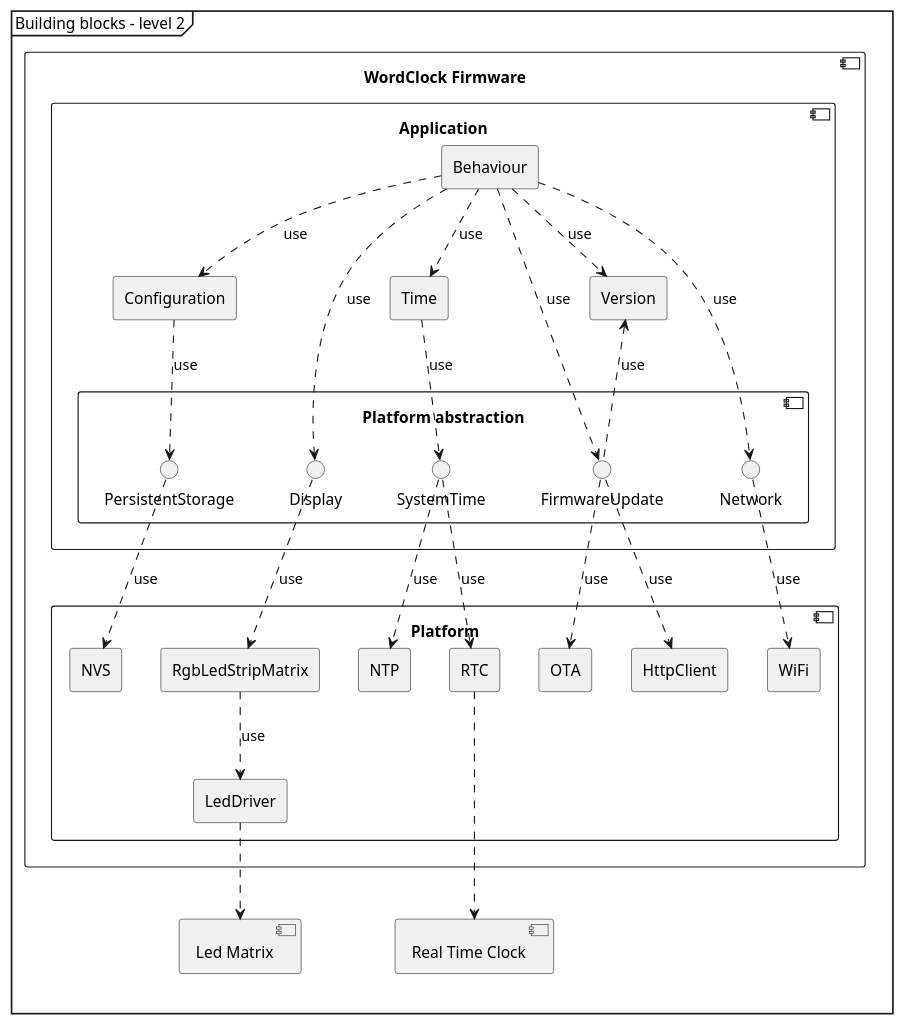
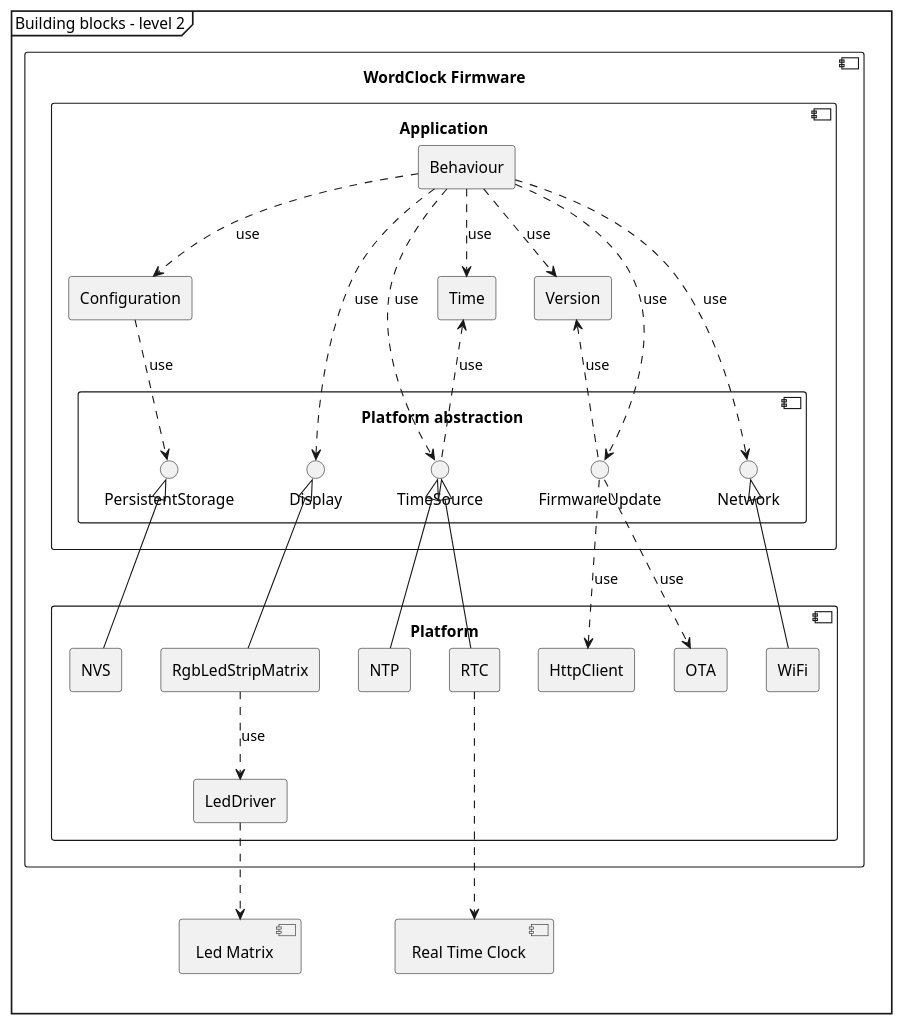
Before and after one commit to lmayencourt/wordclock: the diagram in doc/uml/2_solution_description/system_structure/building_blocks_lvl_2.puml, drawn with PlantUML. The commit also changed 8 other files, not shown here.

```diff
--- a/doc/uml/2_solution_description/system_structure/building_blocks_lvl_2.puml
+++ b/doc/uml/2_solution_description/system_structure/building_blocks_lvl_2.puml
@@ -1,57 +1,58 @@
 @startuml
 mainframe Building blocks - level 2
 
 component "WordClock Firmware" as clk_fw{
     component Application {
         rectangle Behaviour
         rectangle Configuration
         rectangle Version
         rectangle Time
 
         component "Platform abstraction" as pal {
             interface Display
             interface PersistentStorage
             interface Network
-            interface SystemTime
+            interface TimeSource
             interface FirmwareUpdate
         }
     }
 
     component Platform {
         rectangle RgbLedStripMatrix
         rectangle LedDriver
         rectangle NTP
         rectangle RTC
         rectangle NVS
         rectangle WiFi
         rectangle HttpClient
         rectangle OTA
     }
 }
 
 component "Real Time Clock" as Rtc
 component "Led Matrix" as Led_matrix
 
 Behaviour .> Configuration: use
 Behaviour .> Time: use
 Behaviour ..> Network: use
 Behaviour ..> Display: use
 Behaviour ..> Version: use
 Behaviour ..> FirmwareUpdate: use
-Time ..> SystemTime: use
+Behaviour ..> TimeSource: use
+Time <.. TimeSource: use
 Configuration ..> PersistentStorage: use
 Version <.. FirmwareUpdate: use
 
-Display ..> RgbLedStripMatrix: use
+Display <|-- RgbLedStripMatrix
 RgbLedStripMatrix ..> LedDriver: use
-PersistentStorage ..> NVS: use
-Network ..> WiFi: use
-SystemTime ..> NTP: use
-SystemTime ..> RTC: use
+PersistentStorage <|-- NVS
+Network <|-- WiFi
+TimeSource <|-- NTP
+TimeSource <|-- RTC
 FirmwareUpdate ..> OTA: use
 FirmwareUpdate ..> HttpClient: use
 
 RTC ...> Rtc
 LedDriver ..> Led_matrix
 
 @enduml
```
